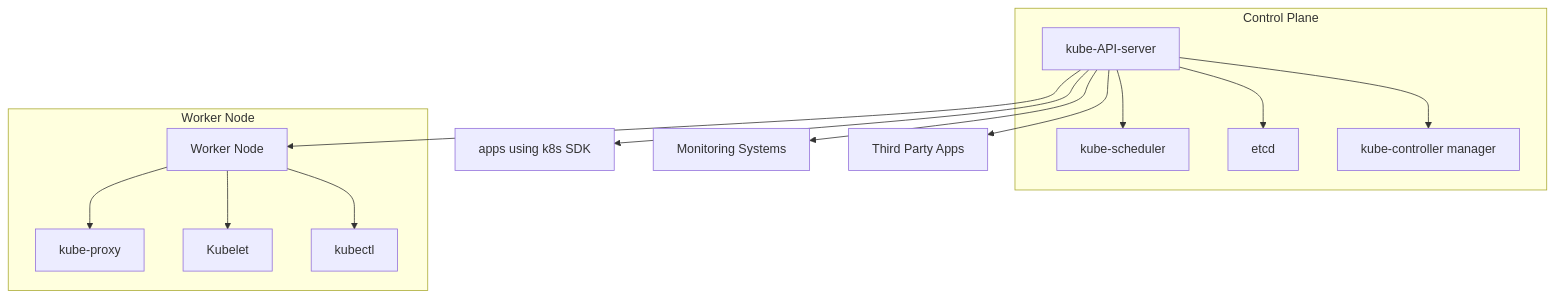
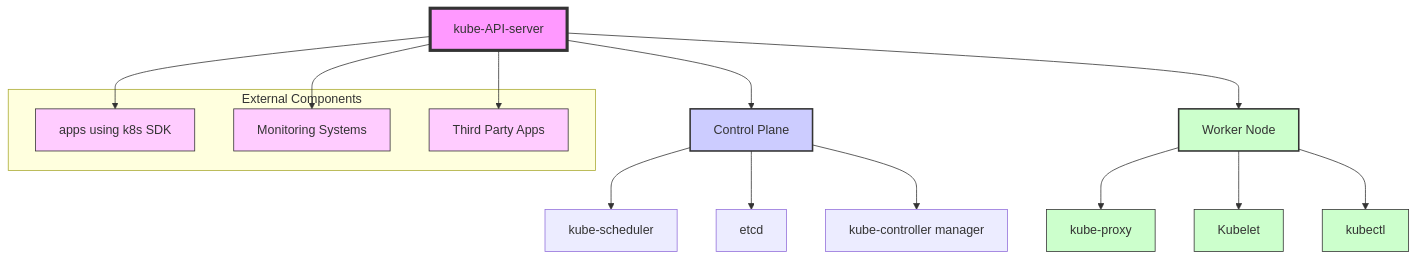
Before and after one commit to 007chiragshah/tucana: the first of 2 diagrams in Architecture_Overview.md, drawn with Mermaid.

````diff
--- a/Architecture_Overview.md
+++ b/Architecture_Overview.md
@@ -20,25 +20,32 @@
   ```mermaid 
-  graph TB
-    subgraph "Control Plane"
-        A[kube-API-server]
-        B[kube-scheduler]
-        D[etcd]
-        E[kube-controller manager]
-    end
+  graph TD
+    A[kube-API-server] --> B[Control Plane]
+    B --> C[kube-scheduler]
+    B --> D[etcd]
+    B --> E[kube-controller manager]
 
-    A --> B
-    A --> D
-    A --> E
+    F[Worker Node] --> G[kube-proxy]
+    F --> H[Kubelet]
+    F --> I[kubectl]
 
-    subgraph "Worker Node"
-        F[Worker Node]
-        F --> G[kube-proxy]
-        F --> H[Kubelet]
-        F --> I[kubectl]
+    subgraph "External Components"
+        J[apps using k8s SDK]
+        K[Monitoring Systems]
+        L[Third Party Apps]
     end
 
     A --> F
-    A --> J[apps using k8s SDK]
-    A --> K[Monitoring Systems]
-    A --> L[Third Party Apps]
+    A --> J
+    A --> K
+    A --> L
+    
+    style A fill:#f9f,stroke:#333,stroke-width:4px
+    style B fill:#ccf,stroke:#333,stroke-width:2px
+    style F fill:#cfc,stroke:#333,stroke-width:2px
+    style G fill:#cfc,stroke:#333,stroke-width:1px
+    style H fill:#cfc,stroke:#333,stroke-width:1px
+    style I fill:#cfc,stroke:#333,stroke-width:1px
+    style J fill:#fcf,stroke:#333,stroke-width:1px
+    style K fill:#fcf,stroke:#333,stroke-width:1px
+    style L fill:#fcf,stroke:#333,stroke-width:1px
   ```
````
